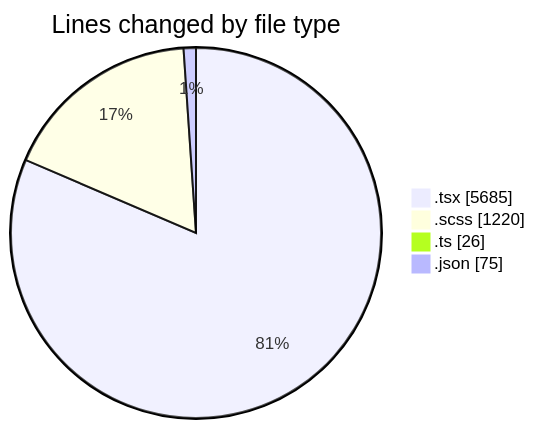
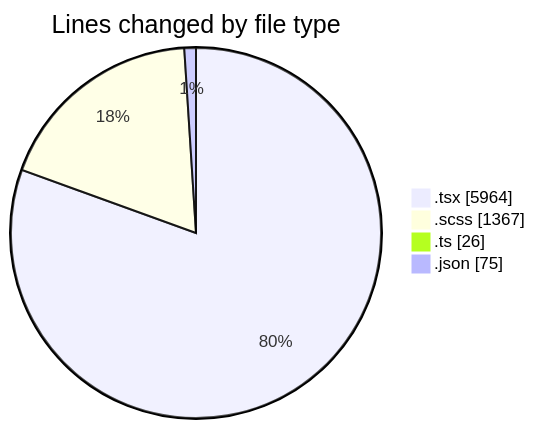
One commit to momahboobian/code-tracking changed the first of 2 diagrams in 2025-04-09/cda/README.md. Above: the diagram before and after it, drawn with Mermaid. The commit also changed other lines of this file and 1 other file, not shown here.

````diff
--- a/2025-04-09/cda/README.md
+++ b/2025-04-09/cda/README.md
@@ -43,8 +43,8 @@
 ```mermaid
 pie showData
 title Lines changed by file type
-".tsx" : 5685
-".scss" : 1220
+".tsx" : 5964
+".scss" : 1367
 ".ts" : 26
 ".json" : 75
 ```
````
